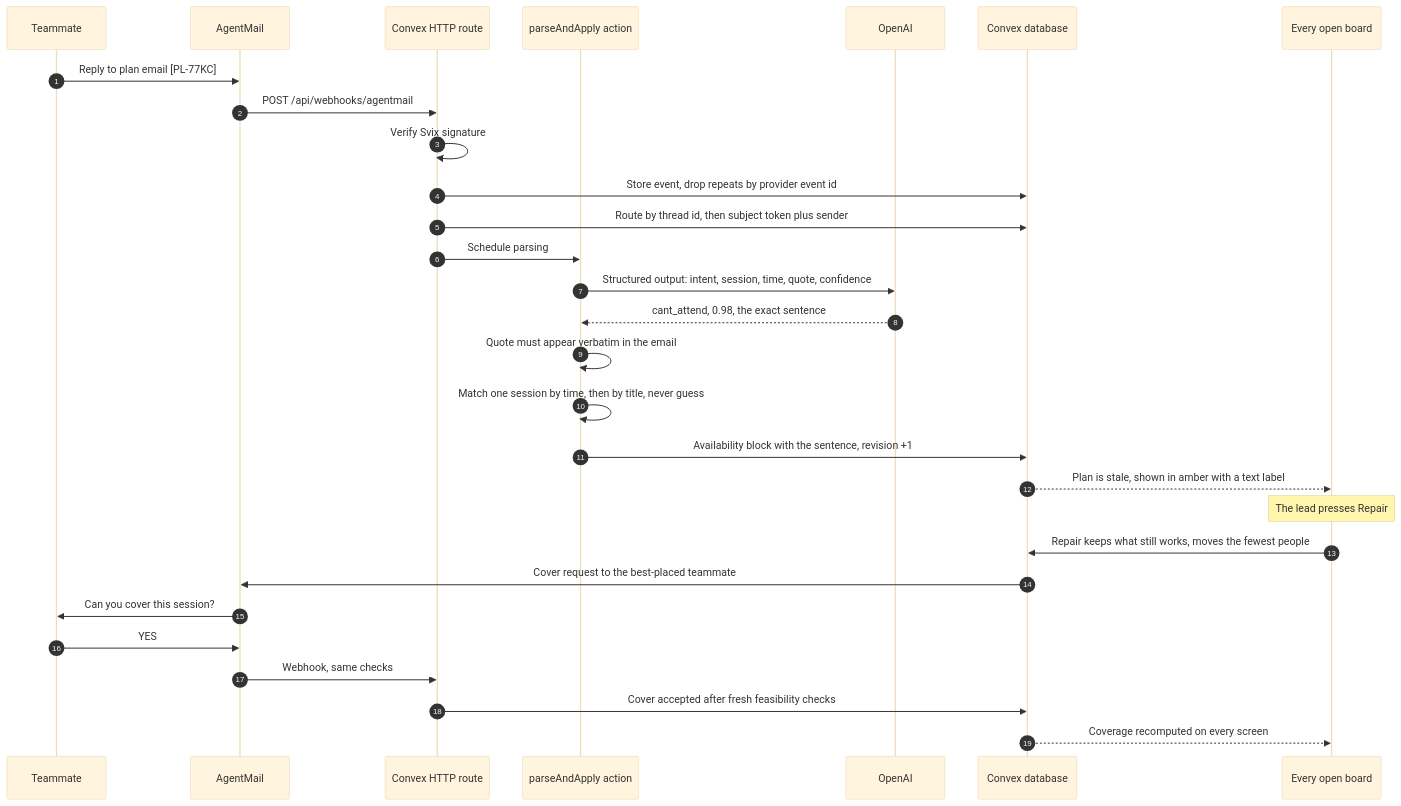
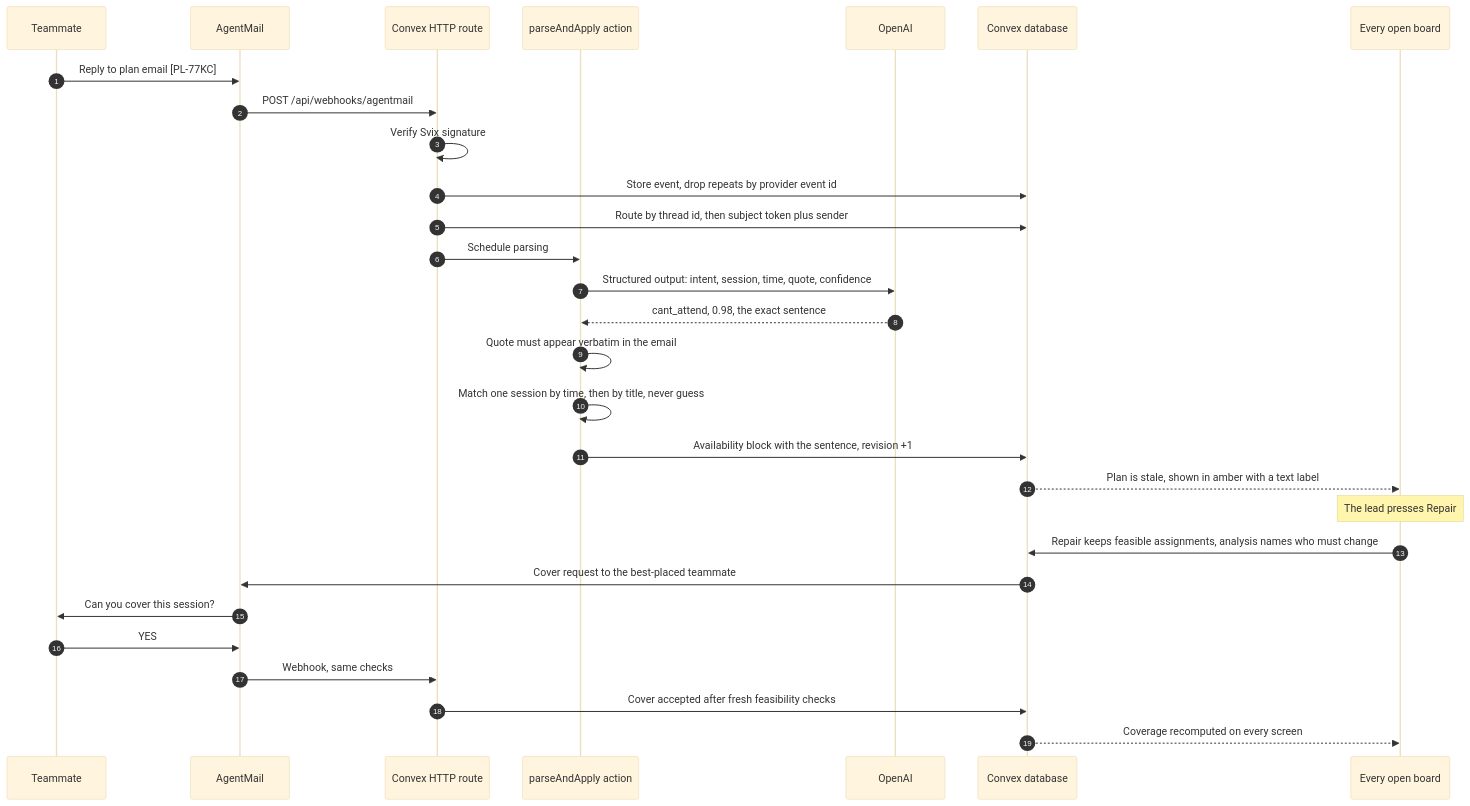
The fourth of 7 diagrams in README.md (Enoch208/parallel), drawn with Mermaid (base theme) before and after one commit. The commit also changed other lines of this file and 1 other file, not shown here.

First line of the commit message:
docs: describe repair and the verified run exactly as the code does

````diff
--- a/README.md
+++ b/README.md
@@ -219,32 +221,32 @@
 ```mermaid
 sequenceDiagram
     autonumber
     participant T as Teammate
     participant AM as AgentMail
     participant H as Convex HTTP route
     participant P as parseAndApply action
     participant AI as OpenAI
     participant DB as Convex database
     participant B as Every open board
 
     T->>AM: Reply to plan email [PL-77KC]
     AM->>H: POST /api/webhooks/agentmail
     H->>H: Verify Svix signature
     H->>DB: Store event, drop repeats by provider event id
     H->>DB: Route by thread id, then subject token plus sender
     H->>P: Schedule parsing
     P->>AI: Structured output: intent, session, time, quote, confidence
     AI-->>P: cant_attend, 0.98, the exact sentence
     P->>P: Quote must appear verbatim in the email
     P->>P: Match one session by time, then by title, never guess
     P->>DB: Availability block with the sentence, revision +1
     DB-->>B: Plan is stale, shown in amber with a text label
     Note over B: The lead presses Repair
-    B->>DB: Repair keeps what still works, moves the fewest people
+    B->>DB: Repair keeps feasible assignments, analysis names who must change
     DB->>AM: Cover request to the best-placed teammate
     AM->>T: Can you cover this session?
     T->>AM: YES
     AM->>H: Webhook, same checks
     H->>DB: Cover accepted after fresh feasibility checks
     DB-->>B: Coverage recomputed on every screen
 ```
````
